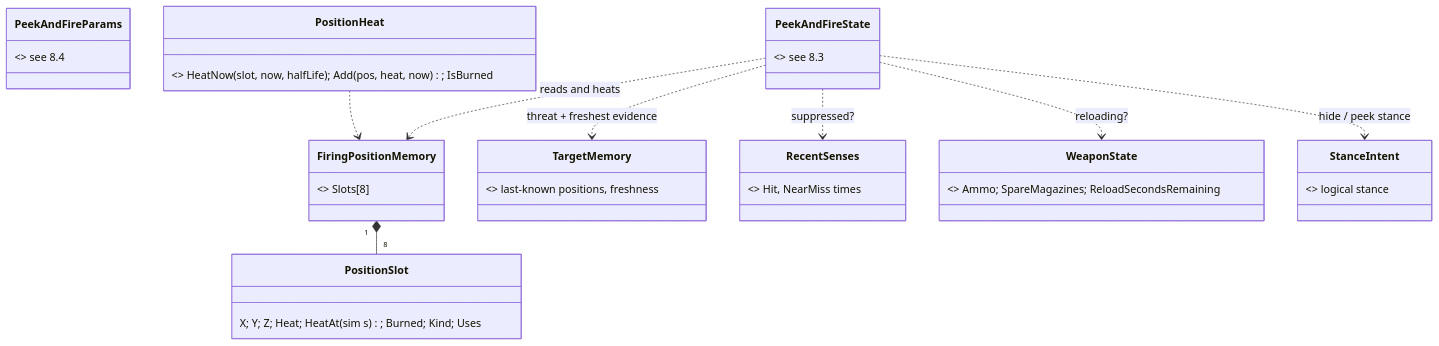
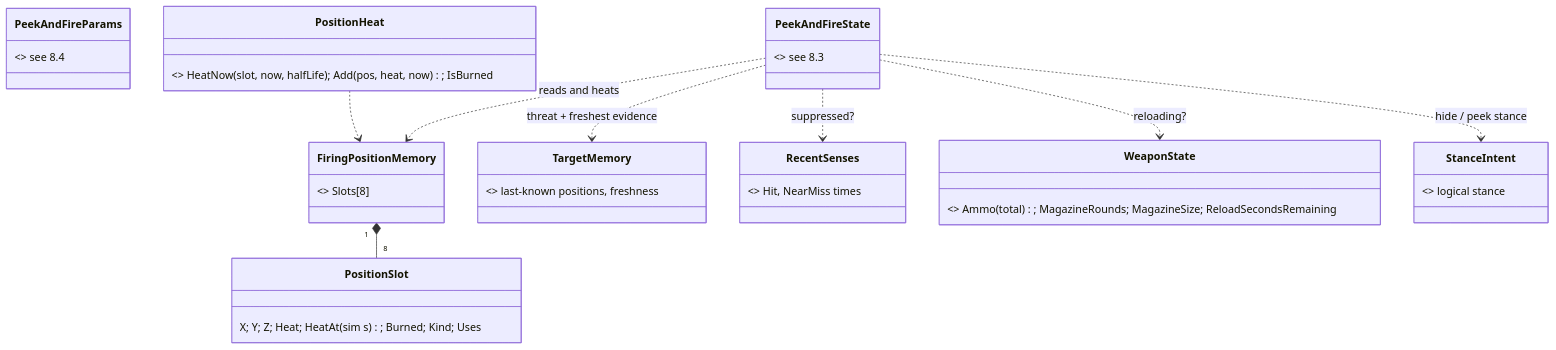
Before and after one commit to pjanec/HROT: the sixth of 7 diagrams in docs/DESIGN_Peek_And_Fire.md, drawn with Mermaid. The commit also changed other lines of this file and 18 other files, not shown here.

````diff
--- a/docs/DESIGN_Peek_And_Fire.md
+++ b/docs/DESIGN_Peek_And_Fire.md
@@ -214,19 +215,19 @@
 ```mermaid
 classDiagram
   class FiringPositionMemory { <<new unit memory struct, Q87>> Slots[8] }
   class PositionSlot { X; Y; Z; Heat; HeatAt (sim s); Burned; Kind; Uses }
   class PeekAndFireParams { <<node params, designer-edited>> see 8.4 }
   class PeekAndFireState { <<node working state, reset on exit>> see 8.3 }
   class TargetMemory { <<existing unit component>> last-known positions, freshness }
   class RecentSenses { <<existing unit component>> Hit, NearMiss times }
-  class WeaponState { <<existing, grows D9>> Ammo; SpareMagazines; ReloadSecondsRemaining }
+  class WeaponState { <<existing, grows D9>> Ammo (total); MagazineRounds; MagazineSize; ReloadSecondsRemaining }
   class StanceIntent { <<existing>> logical stance }
   class PositionHeat { <<new static>> HeatNow(slot, now, halfLife); Add(pos, heat, now); IsBurned }
   FiringPositionMemory "1" *-- "8" PositionSlot
   PeekAndFireState ..> FiringPositionMemory : reads and heats
   PeekAndFireState ..> TargetMemory : threat + freshest evidence
   PeekAndFireState ..> RecentSenses : suppressed?
   PeekAndFireState ..> WeaponState : reloading?
   PeekAndFireState ..> StanceIntent : hide / peek stance
   PositionHeat ..> FiringPositionMemory
 ```
````
